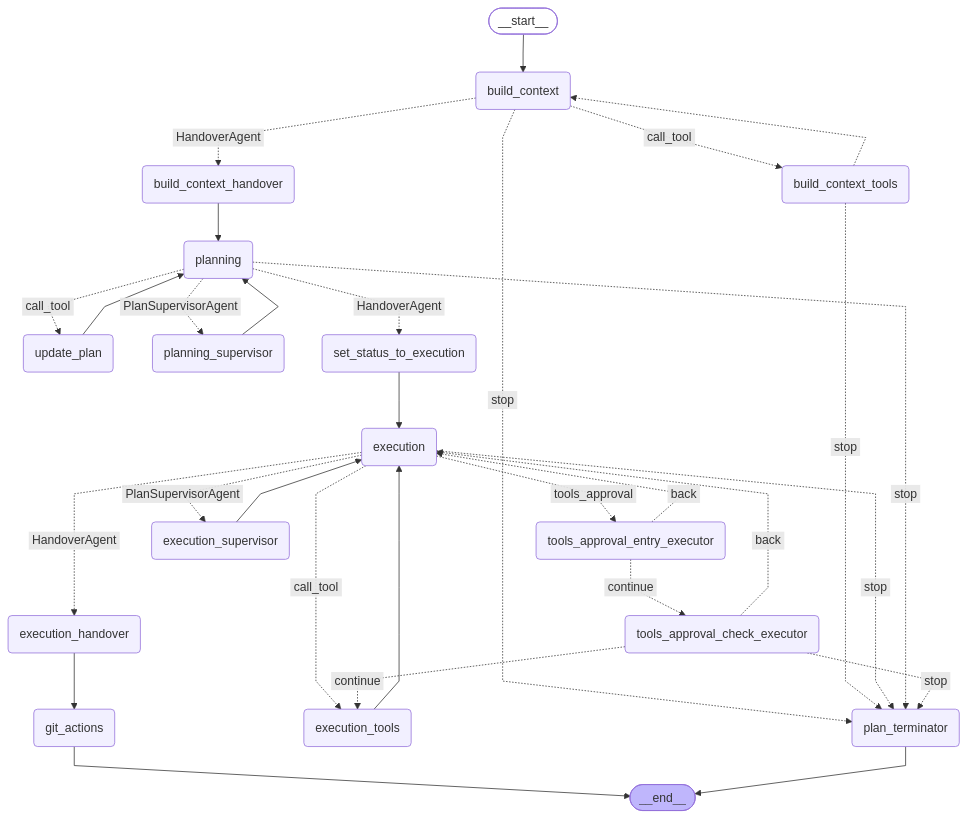
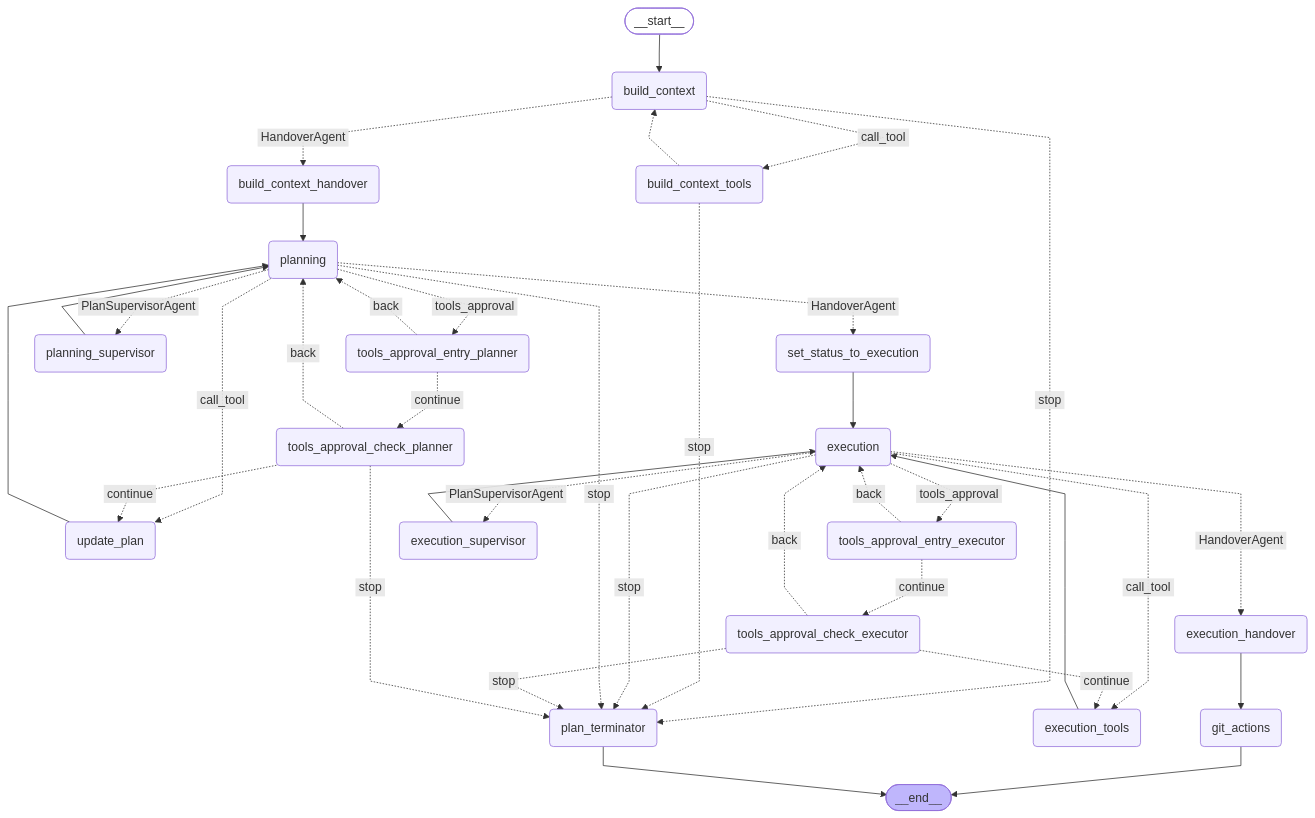
One commit to flyisland/ai-gateway changed the fourth of 8 diagrams in docs/duo_workflow_service_graphs.md. Above: the diagram before and after it, drawn with Mermaid. The commit also changed other lines of this file and 2 other files, not shown here.

First line of the commit message:
fix: Fix tests for software_development graph

````diff
--- a/docs/duo_workflow_service_graphs.md
+++ b/docs/duo_workflow_service_graphs.md
@@ -132,57 +120,65 @@
 ```mermaid
 ---
 config:
   flowchart:
     curve: linear
 ---
 graph TD;
     __start__([<p>__start__</p>]):::first
     build_context(build_context)
     build_context_tools(build_context_tools)
     build_context_handover(build_context_handover)
     planning(planning)
+    tools_approval_entry_planner(tools_approval_entry_planner)
+    tools_approval_check_planner(tools_approval_check_planner)
     update_plan(update_plan)
     planning_supervisor(planning_supervisor)
     plan_terminator(plan_terminator)
     set_status_to_execution(set_status_to_execution)
     execution(execution)
     tools_approval_entry_executor(tools_approval_entry_executor)
     tools_approval_check_executor(tools_approval_check_executor)
     execution_tools(execution_tools)
     execution_supervisor(execution_supervisor)
     execution_handover(execution_handover)
     git_actions(git_actions)
     __end__([<p>__end__</p>]):::last
     __start__ --> build_context;
     build_context -. &nbsp;HandoverAgent&nbsp; .-> build_context_handover;
     build_context -. &nbsp;call_tool&nbsp; .-> build_context_tools;
     build_context -. &nbsp;stop&nbsp; .-> plan_terminator;
     build_context_handover --> planning;
     build_context_tools -.-> build_context;
     build_context_tools -. &nbsp;stop&nbsp; .-> plan_terminator;
     execution -. &nbsp;HandoverAgent&nbsp; .-> execution_handover;
     execution -. &nbsp;PlanSupervisorAgent&nbsp; .-> execution_supervisor;
     execution -. &nbsp;call_tool&nbsp; .-> execution_tools;
     execution -. &nbsp;stop&nbsp; .-> plan_terminator;
     execution -. &nbsp;tools_approval&nbsp; .-> tools_approval_entry_executor;
     execution_handover --> git_actions;
     execution_supervisor --> execution;
     execution_tools --> execution;
     planning -. &nbsp;stop&nbsp; .-> plan_terminator;
     planning -. &nbsp;PlanSupervisorAgent&nbsp; .-> planning_supervisor;
     planning -. &nbsp;HandoverAgent&nbsp; .-> set_status_to_execution;
+    planning -. &nbsp;tools_approval&nbsp; .-> tools_approval_entry_planner;
     planning -. &nbsp;call_tool&nbsp; .-> update_plan;
     planning_supervisor --> planning;
     set_status_to_execution --> execution;
     tools_approval_check_executor -. &nbsp;back&nbsp; .-> execution;
     tools_approval_check_executor -. &nbsp;continue&nbsp; .-> execution_tools;
     tools_approval_check_executor -. &nbsp;stop&nbsp; .-> plan_terminator;
+    tools_approval_check_planner -. &nbsp;stop&nbsp; .-> plan_terminator;
+    tools_approval_check_planner -. &nbsp;back&nbsp; .-> planning;
+    tools_approval_check_planner -. &nbsp;continue&nbsp; .-> update_plan;
     tools_approval_entry_executor -. &nbsp;back&nbsp; .-> execution;
     tools_approval_entry_executor -. &nbsp;continue&nbsp; .-> tools_approval_check_executor;
+    tools_approval_entry_planner -. &nbsp;back&nbsp; .-> planning;
+    tools_approval_entry_planner -. &nbsp;continue&nbsp; .-> tools_approval_check_planner;
     update_plan --> planning;
     git_actions --> __end__;
     plan_terminator --> __end__;
     classDef default fill:#f2f0ff,line-height:1.2
     classDef first fill-opacity:0
     classDef last fill:#bfb6fc
 ```
````
